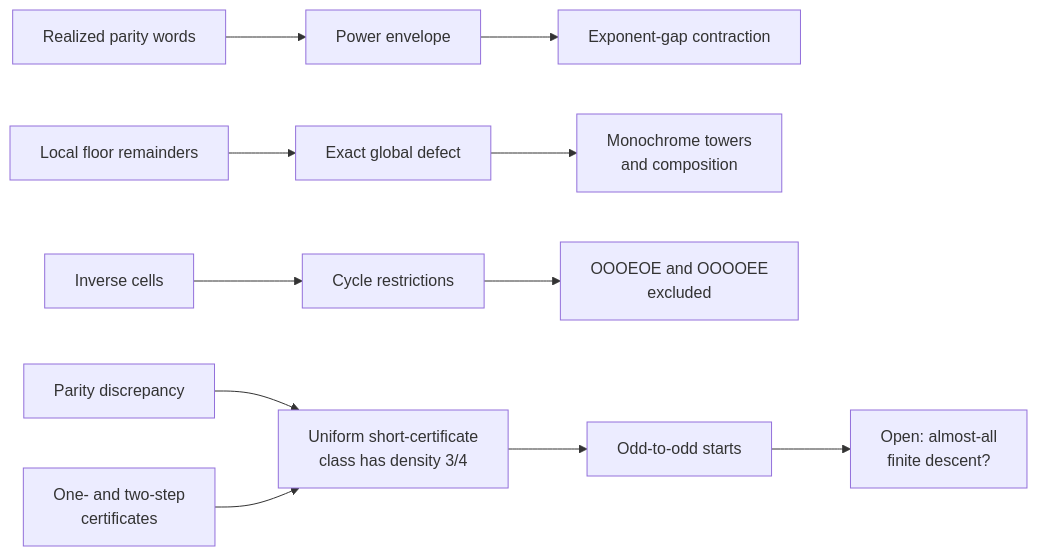
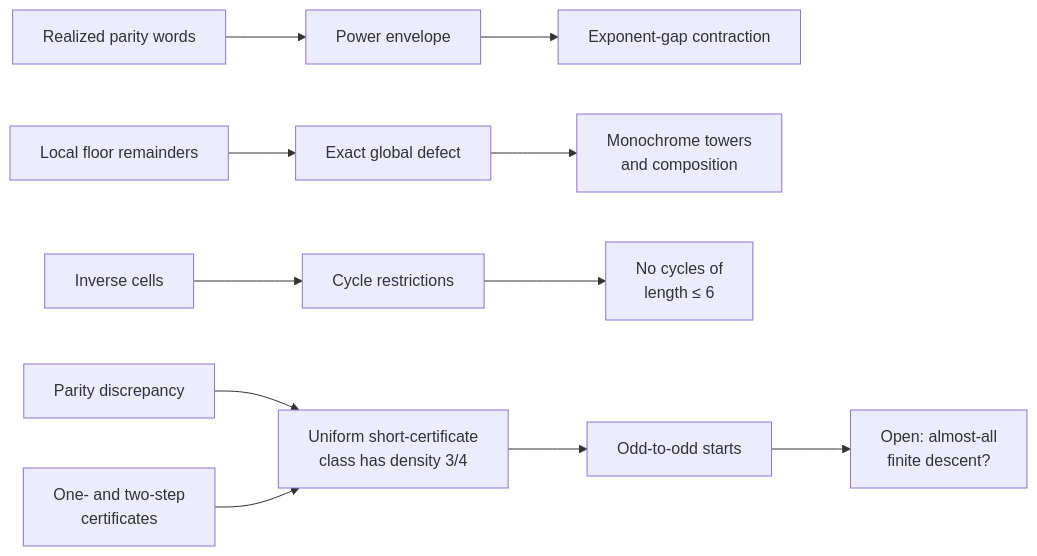
One commit to sneakyweasel/balanced_ternary changed the diagram in juggler_review/figures/juggler_frontier.mmd. Above: the diagram before and after it, drawn with Mermaid. The commit also changed 25 other files, not shown here.

```diff
--- a/juggler_review/figures/juggler_frontier.mmd
+++ b/juggler_review/figures/juggler_frontier.mmd
@@ -1,7 +1,7 @@
 flowchart LR
     Words["Realized parity words"] --> Envelope["Power envelope"] --> Contract["Exponent-gap contraction"]
     Remainders["Local floor remainders"] --> Defect["Exact global defect"] --> Towers["Monochrome towers<br/>and composition"]
-    Cells["Inverse cells"] --> Cycles["Cycle restrictions"] --> Excluded["OOOEOE and OOOOEE<br/>excluded"]
+    Cells["Inverse cells"] --> Cycles["Cycle restrictions"] --> Excluded["No cycles of<br/>length &le; 6"]
     Discrepancy["Parity discrepancy"] --> Density["Uniform short-certificate<br/>class has density 3/4"]
     Certificates["One- and two-step<br/>certificates"] --> Density
     Density --> OO["Odd-to-odd starts"] --> Open["Open: almost-all<br/>finite descent?"]
```
